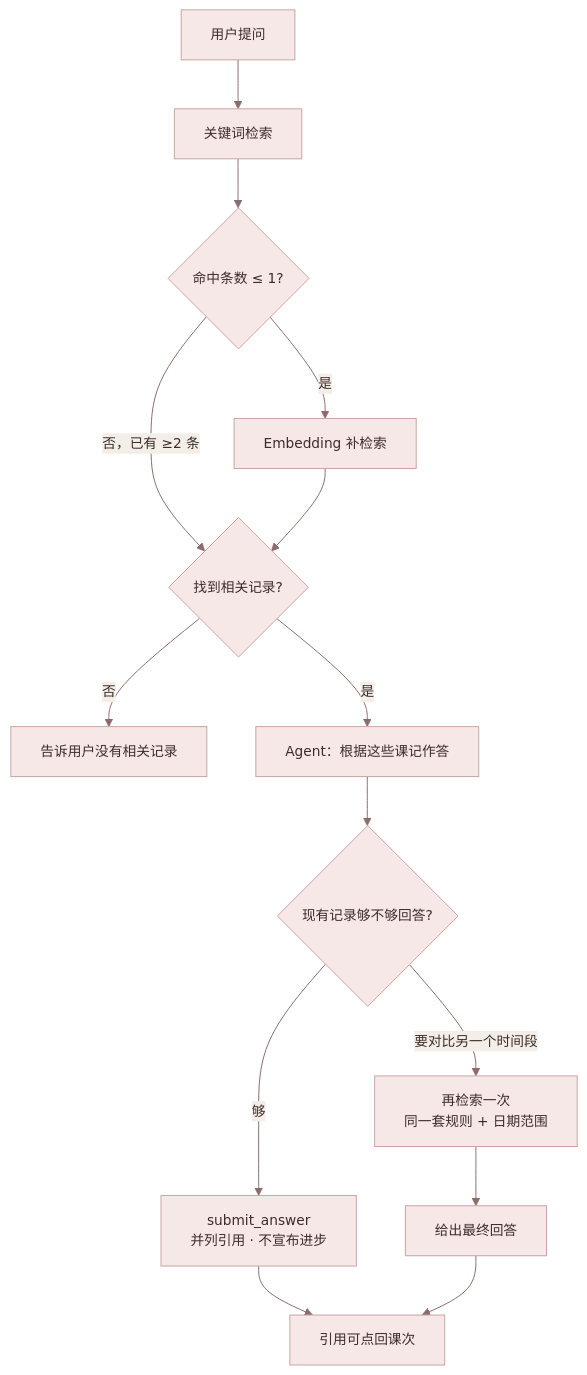
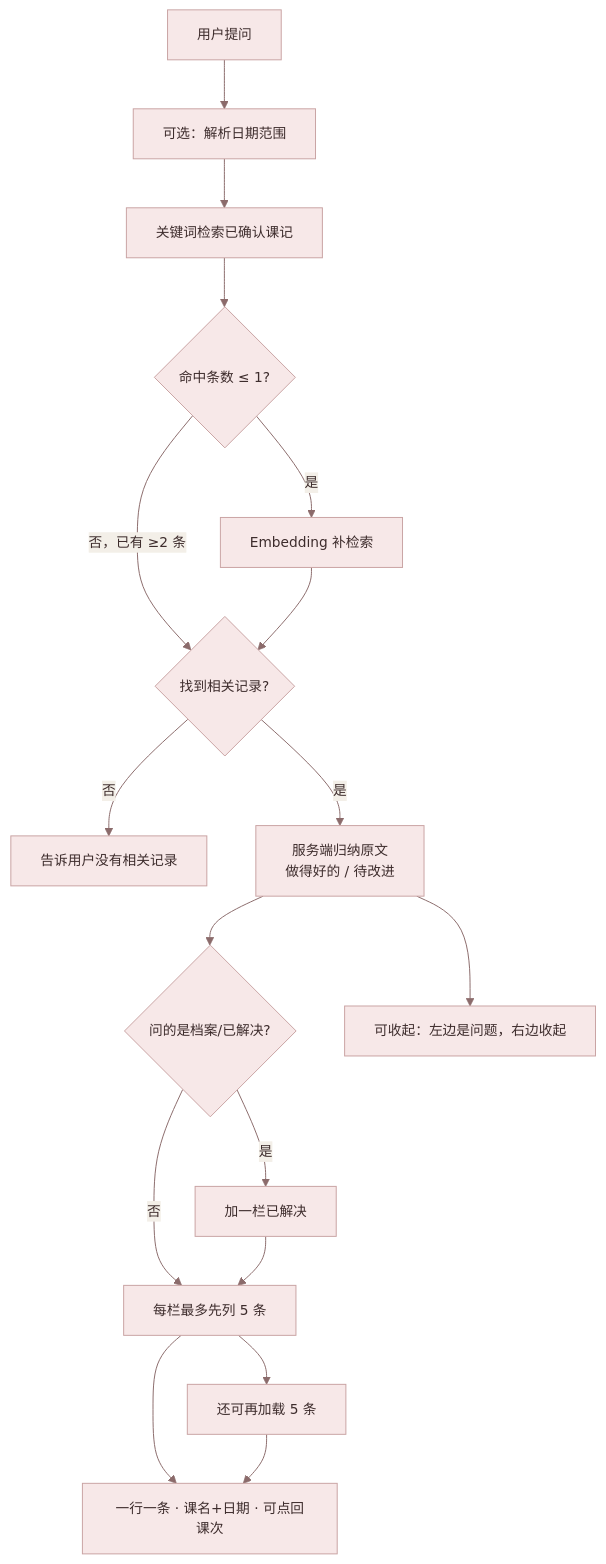
The diagram in docs/pm_docs/2.0_user_flow_ask.mmd (zuoyingchang/balletmind-app), drawn with Mermaid before and after one commit. The commit also changed 26 other files, not shown here.

Commit message:
Update 2.0 docs and flow diagrams; add a rule not to commit or push without asking.

```diff
--- a/docs/pm_docs/2.0_user_flow_ask.mmd
+++ b/docs/pm_docs/2.0_user_flow_ask.mmd
@@ -1,15 +1,18 @@
 %%{init: {'theme':'base', 'themeVariables': { 'primaryColor':'#F7E8E8','primaryTextColor':'#3D2C2C','primaryBorderColor':'#C9A3A3','lineColor':'#8B6B6B','secondaryColor':'#F3EFE8','tertiaryColor':'#FFF8F5','fontFamily':'PingFang SC, Noto Sans SC, sans-serif','fontSize':'14px'}}}%%
 flowchart TD
-  Q[用户提问] --> KW[关键词检索]
+  Q[用户提问] --> RANGE[可选：解析日期范围]
+  RANGE --> KW[关键词检索已确认课记]
   KW --> SPARSE{命中条数 ≤ 1?}
   SPARSE -->|否，已有 ≥2 条| HIT{找到相关记录?}
   SPARSE -->|是| EMB[Embedding 补检索]
   EMB --> HIT
   HIT -->|否| NO[告诉用户没有相关记录]
-  HIT -->|是| AGENT[Agent：根据这些课记作答]
-  AGENT --> NEED{现有记录够不够回答?}
-  NEED -->|够| ANS[submit_answer<br/>并列引用 · 不宣布进步]
-  NEED -->|要对比另一个时间段| SEARCH[再检索一次<br/>同一套规则 + 日期范围]
-  SEARCH --> ANS2[给出最终回答]
-  ANS --> CITE[引用可点回课次]
-  ANS2 --> CITE
+  HIT -->|是| DIG[服务端归纳原文<br/>做得好的 / 待改进]
+  DIG --> ARCH{问的是档案/已解决?}
+  ARCH -->|是| RES[加一栏已解决]
+  ARCH -->|否| PAGE[每栏最多先列 5 条]
+  RES --> PAGE
+  PAGE --> MORE[还可再加载 5 条]
+  PAGE --> CITE[一行一条 · 课名+日期 · 可点回课次]
+  MORE --> CITE
+  DIG --> FOLD[可收起：左边是问题，右边收起]
```
